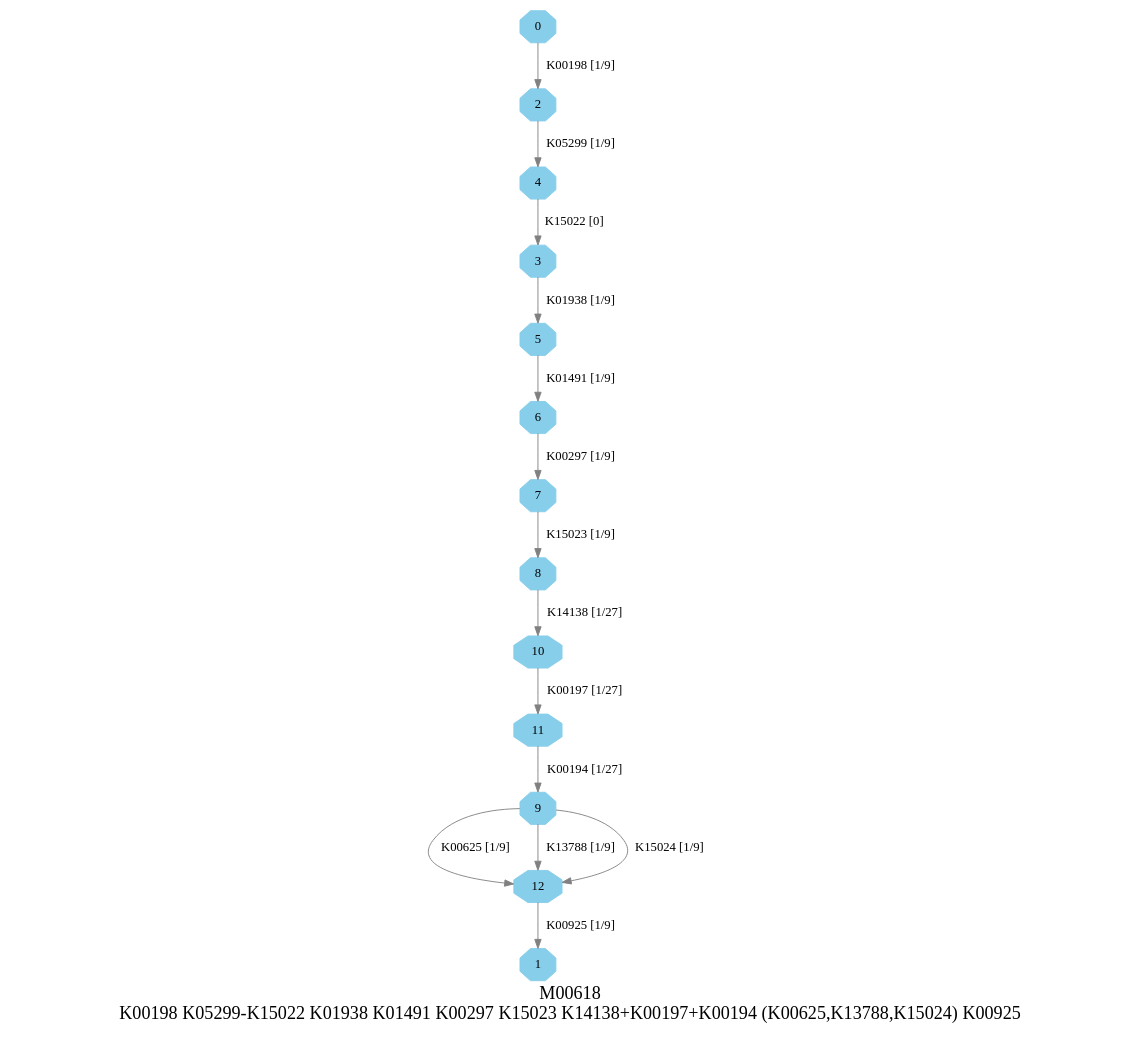
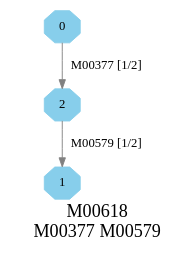
One commit to EBI-Metagenomics/kegg-pathways-completeness-tool changed the diagram in graphs/dots/M00618.dot. Above: the diagram before and after it, drawn with Graphviz. The commit also changed 124 other files, not shown here.

```diff
--- a/graphs/dots/M00618.dot
+++ b/graphs/dots/M00618.dot
@@ -1,21 +1,9 @@
 digraph G {
 graph [label="M00618
-K00198 K05299-K15022 K01938 K01491 K00297 K15023 K14138+K00197+K00194 (K00625,K13788,K15024) K00925",fontsize=20];
+M00377 M00579",fontsize=20];
 node [shape=box,style=filled];
 edge [len=3,color=grey];
-{node [width=.3,height=.3,shape=octagon,style=filled,color=skyblue] 0 1 2 3 4 5 6 7 8 9 10 11 12 }
-0 -> 2 [label="K00198 [1/9]"];
-2 -> 4 [label="K05299 [1/9]"];
-3 -> 5 [label="K01938 [1/9]"];
-4 -> 3 [label="K15022 [0]"];
-5 -> 6 [label="K01491 [1/9]"];
-6 -> 7 [label="K00297 [1/9]"];
-7 -> 8 [label="K15023 [1/9]"];
-8 -> 10 [label="K14138 [1/27]"];
-9 -> 12 [label="K00625 [1/9]"];
-9 -> 12 [label="K13788 [1/9]"];
-9 -> 12 [label="K15024 [1/9]"];
-10 -> 11 [label="K00197 [1/27]"];
-11 -> 9 [label="K00194 [1/27]"];
-12 -> 1 [label="K00925 [1/9]"];
+{node [width=.3,height=.3,shape=octagon,style=filled,color=skyblue] 0 1 2 }
+0 -> 2 [label="M00377 [1/2]"];
+2 -> 1 [label="M00579 [1/2]"];
 }
```
